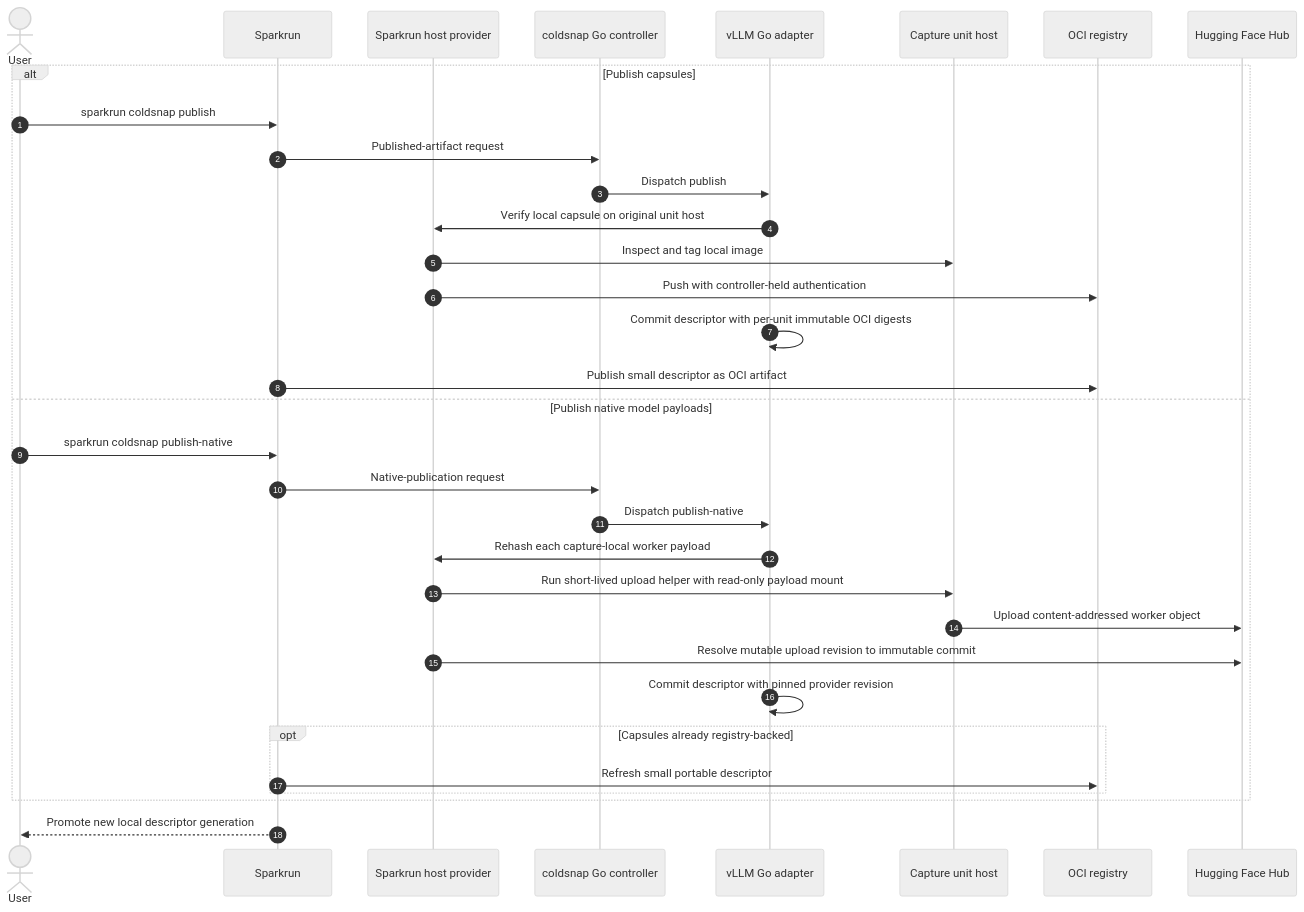
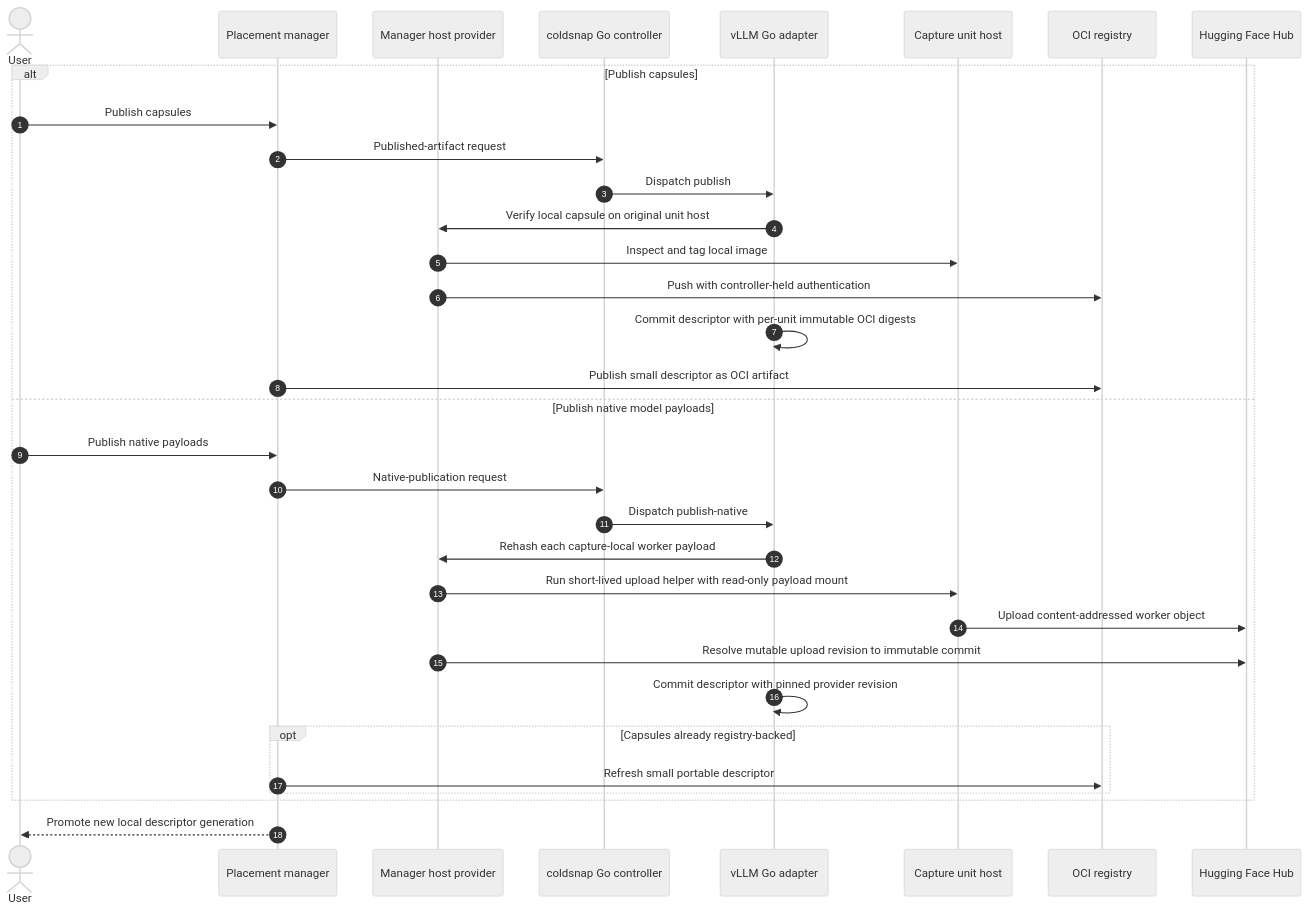
The fourth of 5 diagrams in docs/architecture.md (sparksq/coldsnap), drawn with Mermaid (neutral theme) before and after one commit. The commit also changed other lines of this file and 15 other files, not shown here.

````diff
--- a/docs/architecture.md
+++ b/docs/architecture.md
@@ -509,36 +471,36 @@
 ```mermaid
 sequenceDiagram
     autonumber
     actor User
-    participant SR as Sparkrun
-    participant HP as Sparkrun host provider
+    participant SR as Placement manager
+    participant HP as Manager host provider
     participant C as coldsnap Go controller
     participant A as vLLM Go adapter
     participant N as Capture unit host
     participant OCI as OCI registry
     participant HF as Hugging Face Hub
 
     alt Publish capsules
-        User->>SR: sparkrun coldsnap publish
+        User->>SR: Publish capsules
         SR->>C: Published-artifact request
         C->>A: Dispatch publish
         A->>HP: Verify local capsule on original unit host
         HP->>N: Inspect and tag local image
         HP->>OCI: Push with controller-held authentication
         A->>A: Commit descriptor with per-unit immutable OCI digests
         SR->>OCI: Publish small descriptor as OCI artifact
     else Publish native model payloads
-        User->>SR: sparkrun coldsnap publish-native
+        User->>SR: Publish native payloads
         SR->>C: Native-publication request
         C->>A: Dispatch publish-native
         A->>HP: Rehash each capture-local worker payload
         HP->>N: Run short-lived upload helper with read-only payload mount
         N->>HF: Upload content-addressed worker object
         HP->>HF: Resolve mutable upload revision to immutable commit
         A->>A: Commit descriptor with pinned provider revision
         opt Capsules already registry-backed
             SR->>OCI: Refresh small portable descriptor
         end
     end
     SR-->>User: Promote new local descriptor generation
 ```
````
